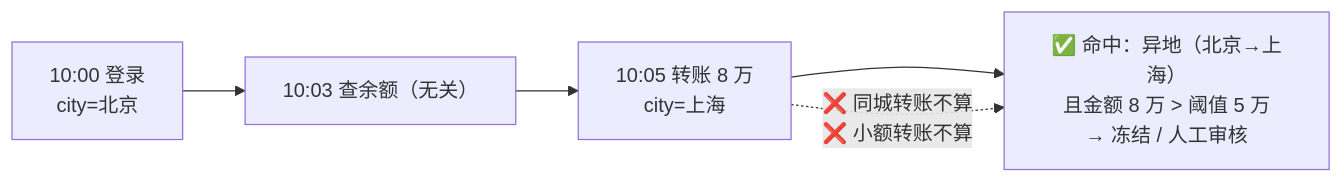
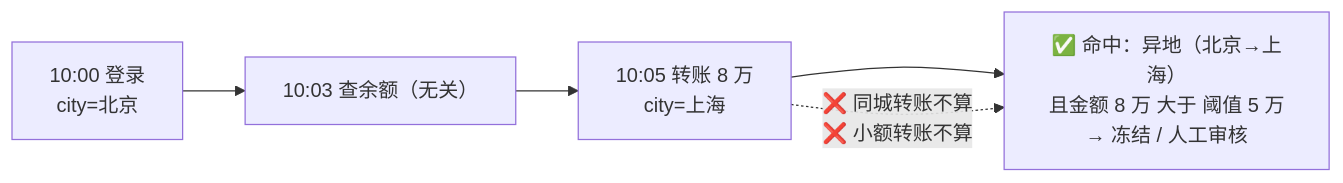
Diagram 14 of 17 in 5-bigdata/0-flink/15-FlinkCEP复杂事件处理.md (vic868/Deliberate), drawn with Mermaid before and after one commit. The commit also changed other lines of this file and 1 other file, not shown here.

````diff
--- a/5-bigdata/0-flink/15-FlinkCEP复杂事件处理.md
+++ b/5-bigdata/0-flink/15-FlinkCEP复杂事件处理.md
@@ -740,7 +740,7 @@
 ```mermaid
 flowchart LR
     E1["10:00 登录<br/>city=北京"] --> E2["10:03 查余额（无关）"]
     E2 --> E3["10:05 转账 8 万<br/>city=上海"]
-    E3 --> R["✅ 命中：异地（北京→上海）<br/>且金额 8 万 > 阈值 5 万<br/>→ 冻结 / 人工审核"]
+    E3 --> R["✅ 命中：异地（北京→上海）<br/>且金额 8 万 大于 阈值 5 万<br/>→ 冻结 / 人工审核"]
     E3 -.->|"❌ 同城转账不算<br/>❌ 小额转账不算"| R
 ```
````
